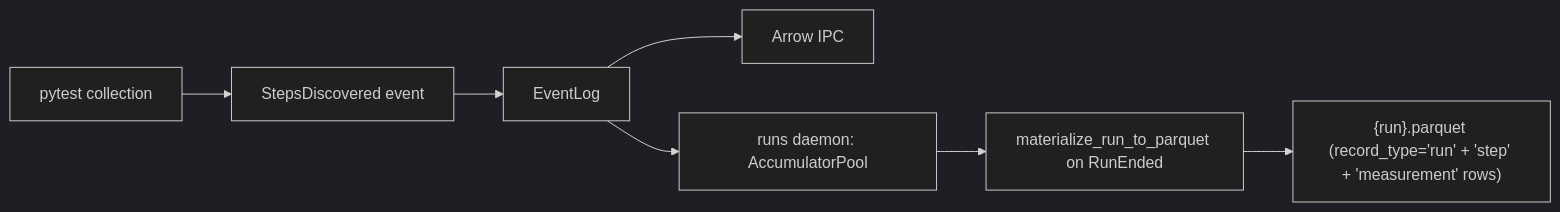
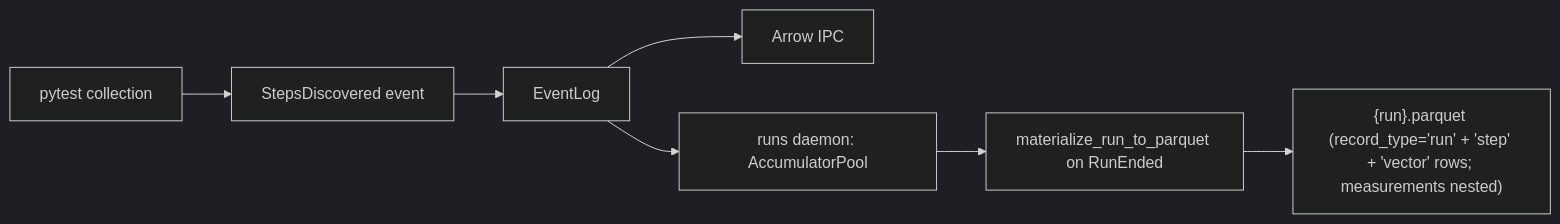
Before and after one commit to pragmatest-dev/testerkit: the diagram in docs/concepts/execution/step-manifest.md, drawn with Mermaid (dark theme). The commit also changed other lines of this file and 7 other files, not shown here.

````diff
--- a/docs/concepts/execution/step-manifest.md
+++ b/docs/concepts/execution/step-manifest.md
@@ -38,9 +38,9 @@
 ```mermaid
 flowchart LR
     P[pytest collection] --> E[StepsDiscovered event]
     E --> EL[EventLog]
     EL --> AR[Arrow IPC]
     EL --> RD[runs daemon: AccumulatorPool]
     RD --> M[materialize_run_to_parquet on RunEnded]
-    M --> PQ["{run}.parquet (record_type='run' + 'step' + 'measurement' rows)"]
+    M --> PQ["{run}.parquet (record_type='run' + 'step' + 'vector' rows; measurements nested)"]
 ```
````
